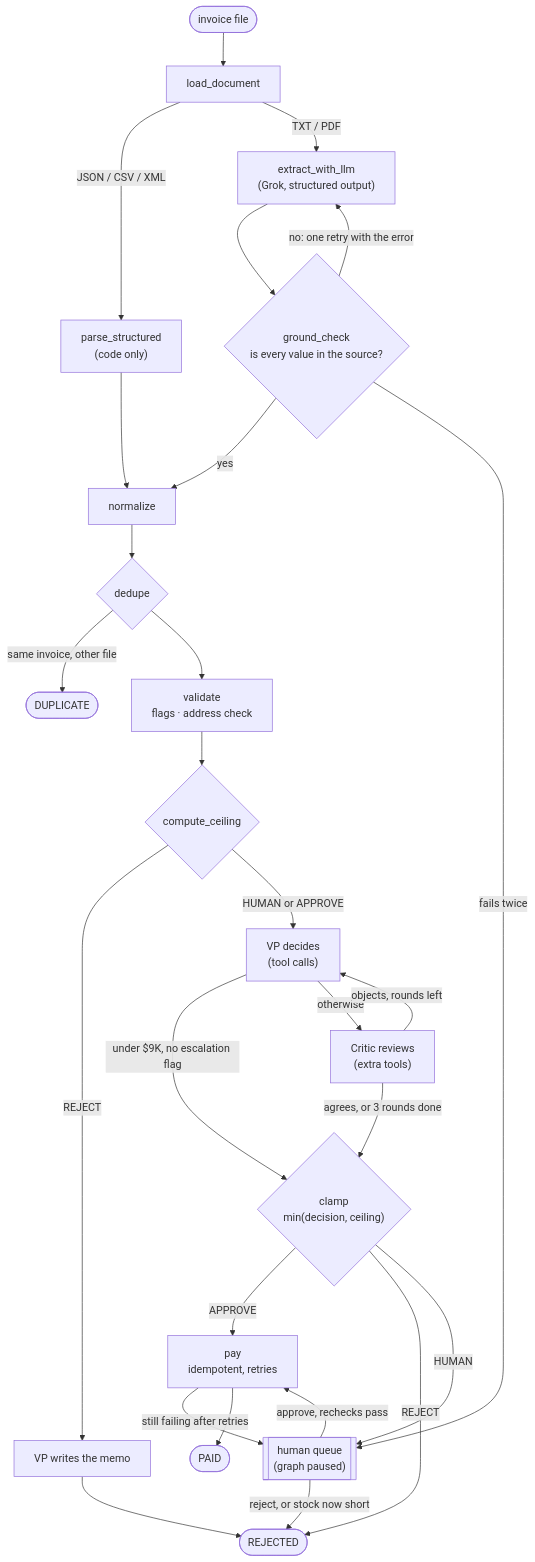
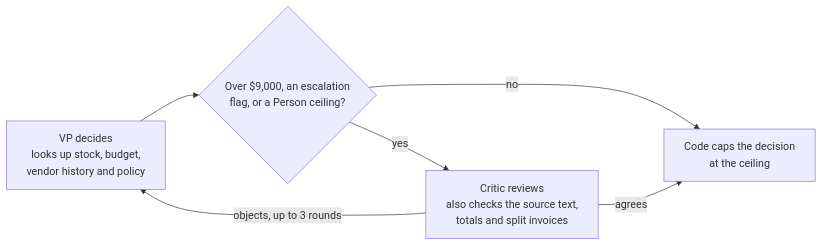
Before and after one commit to smadinya/galatiq-case-invoices: the second of 2 diagrams in README.md, drawn with Mermaid. The commit also changed other lines of this file, not shown here.

````diff
--- a/README.md
+++ b/README.md
@@ -250,29 +264,8 @@
 ```mermaid
-flowchart TD
-    file(["invoice file"]) --> load["load_document"]
-    load -->|"JSON / CSV / XML"| parse["parse_structured<br/>(code only)"]
-    load -->|"TXT / PDF"| extract["extract_with_llm<br/>(Grok, structured output)"]
-    extract --> ground{"ground_check<br/>is every value in the source?"}
-    ground -->|"no: one retry with the error"| extract
-    ground -->|"yes"| norm["normalize"]
-    parse --> norm
-    norm --> dedupe{"dedupe"}
-    dedupe -->|"same invoice, other file"| dup(["DUPLICATE"])
-    dedupe --> validate["validate<br/>flags · address check"]
-    validate --> ceiling{"compute_ceiling"}
-    ceiling -->|"REJECT"| memo["VP writes the memo"]
-    ceiling -->|"HUMAN or APPROVE"| vp["VP decides<br/>(tool calls)"]
-    vp -->|"under $9K, no escalation flag"| clamp
-    vp -->|"otherwise"| critic["Critic reviews<br/>(extra tools)"]
-    critic -->|"objects, rounds left"| vp
-    critic -->|"agrees, or 3 rounds done"| clamp{"clamp<br/>min(decision, ceiling)"}
-    clamp -->|"APPROVE"| pay["pay<br/>idempotent, retries"]
-    clamp -->|"REJECT"| rej(["REJECTED"])
-    memo --> rej
-    clamp -->|"HUMAN"| human[["human queue<br/>(graph paused)"]]
-    ground -->|"fails twice"| human
-    human -->|"approve, rechecks pass"| pay
-    human -->|"reject, or stock now short"| rej
-    pay -->|"still failing after retries"| human
-    pay --> paid(["PAID"])
+flowchart LR
+    vp["VP decides<br/>looks up stock, budget,<br/>vendor history and policy"] --> check{"Over $9,000, an escalation<br/>flag, or a Person ceiling?"}
+    check -->|no| cap["Code caps the decision<br/>at the ceiling"]
+    check -->|yes| critic["Critic reviews<br/>also checks the source text,<br/>totals and split invoices"]
+    critic -->|"objects, up to 3 rounds"| vp
+    critic -->|agrees| cap
 ```
````
